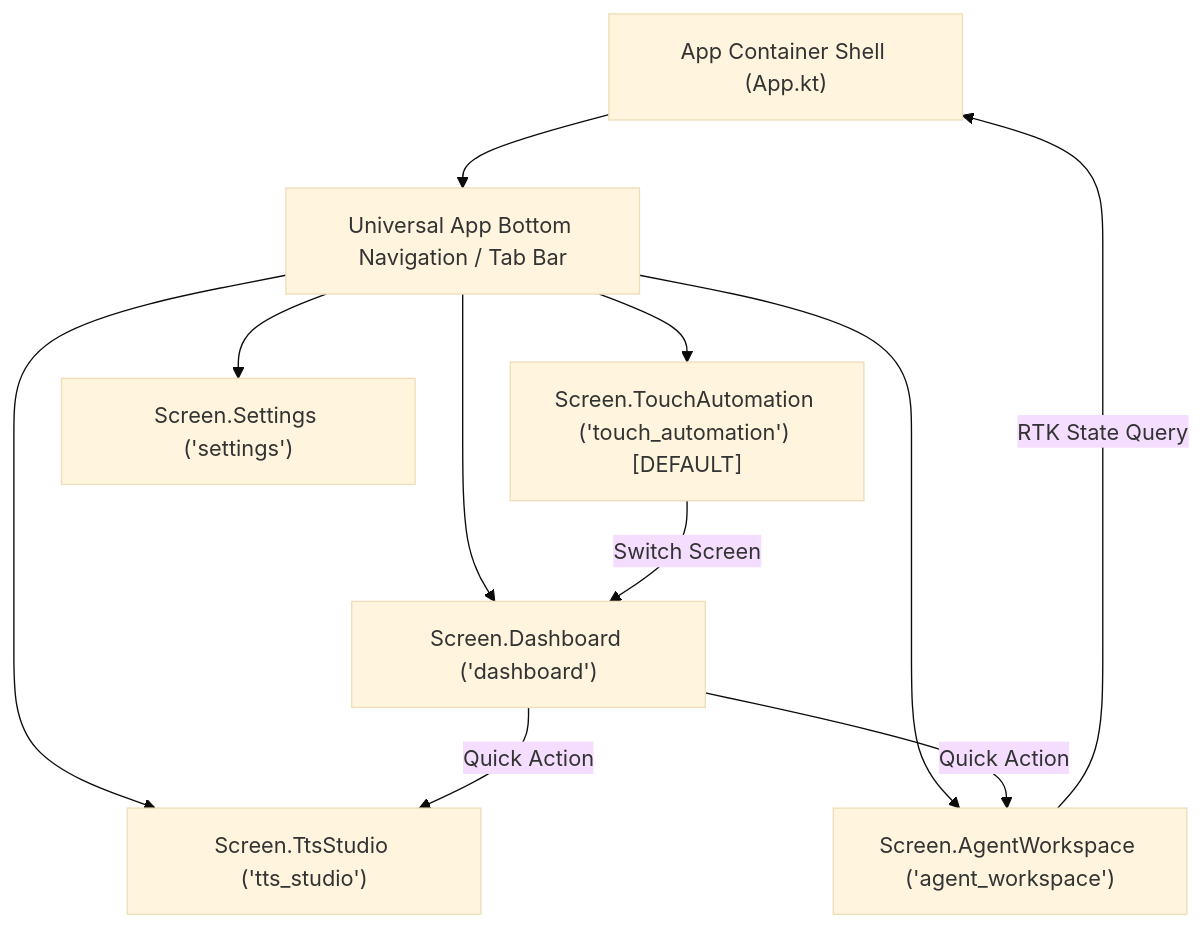
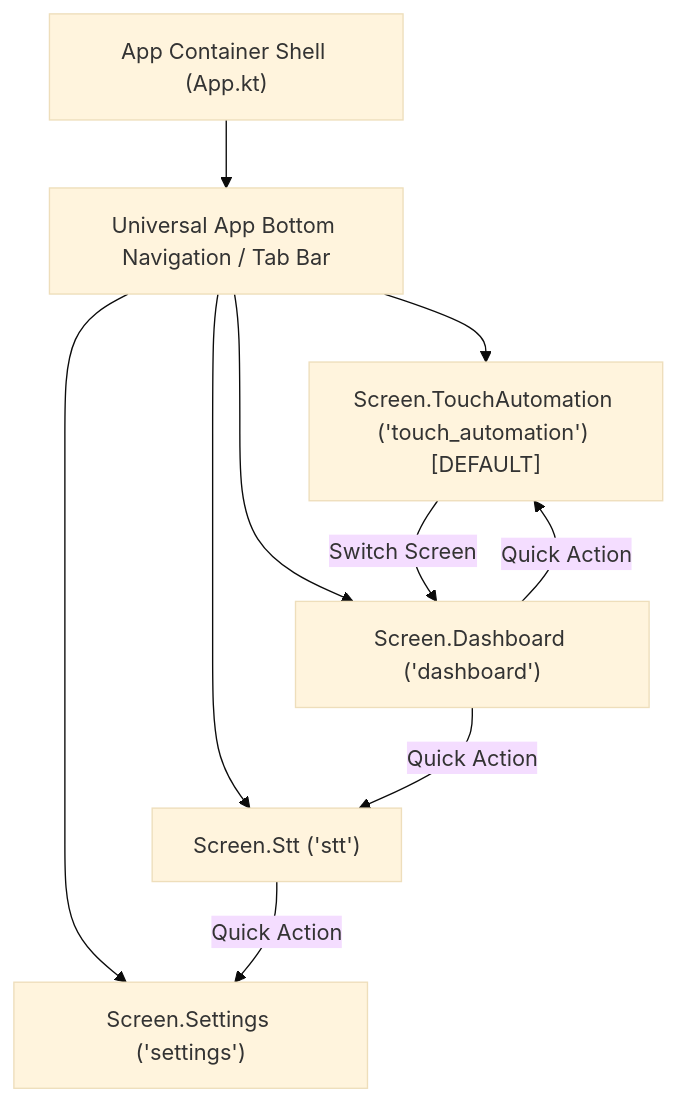
The diagram in AGENTS.md (miladhashemzadeh/TTSAIController), drawn with Mermaid (base theme) before and after one commit. The commit also changed other lines of this file and 61 other files, not shown here.

Commit message:
feat: implement clean architecture, MVI with state hoisting, touch automation, STT AI stubs, and 100% test coverage

````diff
--- a/AGENTS.md
+++ b/AGENTS.md
@@ -48,16 +48,15 @@
 ```mermaid
 flowchart TD
     AppShell["App Container Shell (App.kt)"]
     AppShell --> Nav["Universal App Bottom Navigation / Tab Bar"]
 
     Nav --> RouteTouch["Screen.TouchAutomation ('touch_automation') [DEFAULT]"]
     Nav --> RouteDash["Screen.Dashboard ('dashboard')"]
-    Nav --> RouteTts["Screen.TtsStudio ('tts_studio')"]
-    Nav --> RouteAgent["Screen.AgentWorkspace ('agent_workspace')"]
+    Nav --> RouteStt["Screen.Stt ('stt')"]
     Nav --> RouteSettings["Screen.Settings ('settings')"]
 
     RouteTouch -->|"Switch Screen"| RouteDash
-    RouteDash -->|"Quick Action"| RouteTts
-    RouteDash -->|"Quick Action"| RouteAgent
-    RouteAgent -->|"RTK State Query"| AppShell
+    RouteDash -->|"Quick Action"| RouteStt
+    RouteDash -->|"Quick Action"| RouteTouch
+    RouteStt -->|"Quick Action"| RouteSettings
 ```
````
